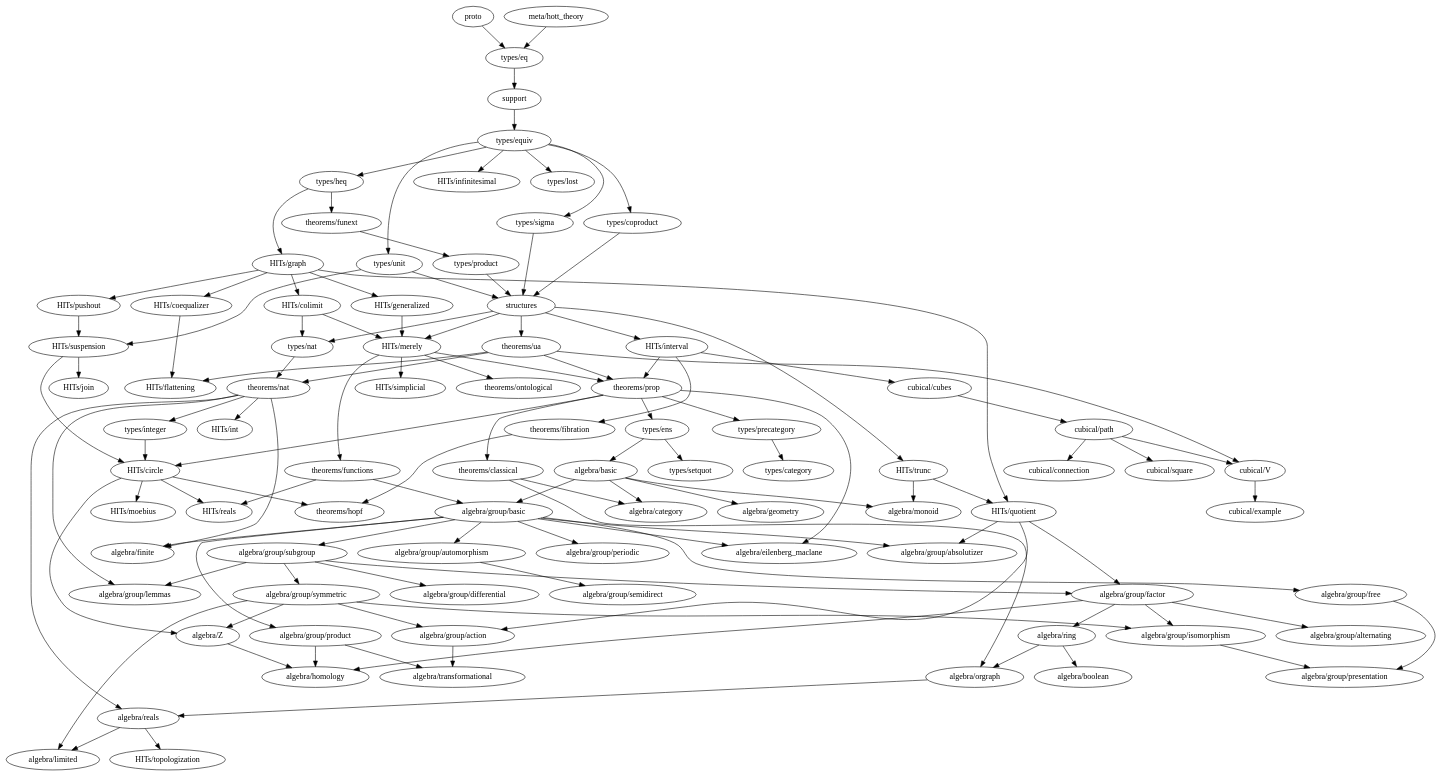
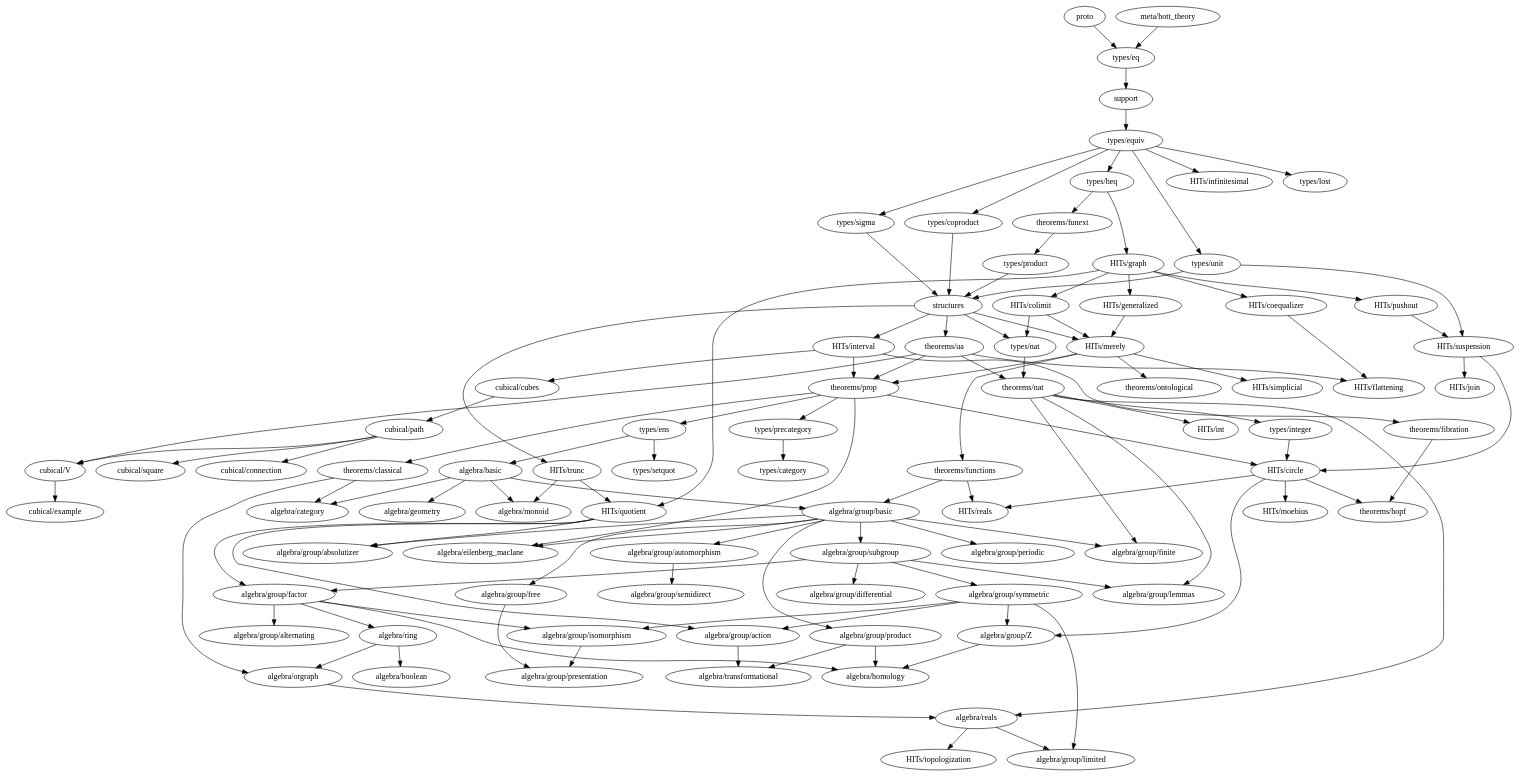
Before and after one commit to forked-from-1kasper/ground_zero: the diagram in dependency-map.gv, drawn with Graphviz. The commit also changed 6 other files, not shown here.

```diff
--- a/dependency-map.gv
+++ b/dependency-map.gv
@@ -1,192 +1,193 @@
 digraph dependency_map {
   proto -> "types/eq"
   "meta/hott_theory" -> "types/eq"
   support -> "types/equiv"
   structures -> {
     "HITs/interval",
     "HITs/merely",
     "HITs/trunc",
     "types/nat",
     "theorems/ua"
   }
 
   subgraph algebra {
     "algebra/basic" -> {
       "algebra/category",
       "algebra/monoid",
       "algebra/geometry",
       "algebra/group/basic"
     }
     "algebra/boolean"
     "algebra/category"
     "algebra/eilenberg_maclane"
-    "algebra/finite"
     "algebra/geometry"
     "algebra/homology"
-    "algebra/limited"
     "algebra/monoid"
     "algebra/orgraph" -> { "algebra/reals" }
-    "algebra/reals" -> { "algebra/limited", "HITs/topologization" }
+    "algebra/reals" -> { "algebra/group/limited", "HITs/topologization" }
     "algebra/ring" -> { "algebra/boolean", "algebra/orgraph" }
     "algebra/transformational"
-    "algebra/Z" -> { "algebra/homology" }
+
   }
 
   subgraph "algebra/group" {
     "algebra/group/absolutizer"
     "algebra/group/action" -> "algebra/transformational"
     "algebra/group/alternating"
     "algebra/group/automorphism" -> "algebra/group/semidirect"
     "algebra/group/basic" -> {
       "algebra/eilenberg_maclane",
-      "algebra/finite",
+      "algebra/group/finite",
       "algebra/group/absolutizer",
       "algebra/group/automorphism",
       "algebra/group/free",
       "algebra/group/periodic",
       "algebra/group/product",
       "algebra/group/subgroup"
     }
     "algebra/group/differential"
     "algebra/group/factor" -> {
       "algebra/homology",
       "algebra/ring",
       "algebra/group/alternating",
       "algebra/group/isomorphism"
     }
+    "algebra/group/finite"
     "algebra/group/free" -> "algebra/group/presentation"
     "algebra/group/isomorphism" -> "algebra/group/presentation"
     "algebra/group/lemmas"
+    "algebra/group/limited"
     "algebra/group/periodic"
     "algebra/group/presentation"
     "algebra/group/product" -> { "algebra/homology", "algebra/transformational" }
     "algebra/group/semidirect"
     "algebra/group/subgroup" -> {
       "algebra/group/differential",
       "algebra/group/factor",
       "algebra/group/lemmas",
       "algebra/group/symmetric"
     }
     "algebra/group/symmetric" -> {
-      "algebra/limited",
-      "algebra/Z",
+      "algebra/group/limited",
+      "algebra/group/Z",
       "algebra/group/action",
       "algebra/group/isomorphism"
     }
+    "algebra/group/Z" -> { "algebra/homology" }
   }
 
   subgraph types {
     "types/category"
     "types/coproduct" -> { structures }
     "types/eq" -> { support }
     "types/ens" -> { "algebra/basic", "types/setquot" }
     "types/equiv" -> {
       "types/heq",
       "HITs/infinitesimal",
       "types/coproduct",
       "types/lost",
       "types/unit",
       "types/sigma"
     }
     "types/heq" -> {
       "HITs/graph", "theorems/funext"
     }
     "types/integer" -> "HITs/circle"
     "types/lost"
     "types/nat" -> { "theorems/nat" }
     "types/precategory" -> { "types/category" }
     "types/product" -> { structures }
     "types/setquot"
     "types/sigma" -> { structures }
     "types/unit" -> { structures, "HITs/suspension" }
   }
 
   subgraph HITs {
     "HITs/circle" -> {
-      "algebra/Z",
+      "algebra/group/Z",
       "theorems/hopf",
       "HITs/moebius",
       "HITs/reals"
     }
     "HITs/coequalizer" -> { "HITs/flattening" }
     "HITs/colimit" -> { "HITs/merely", "types/nat" }
     "HITs/flattening"
     "HITs/generalized" -> "HITs/merely"
     "HITs/graph" -> {
       "HITs/coequalizer",
       "HITs/colimit",
       "HITs/generalized",
       "HITs/pushout",
       "HITs/quotient"
     }
     "HITs/infinitesimal"
     "HITs/interval" -> {
       "cubical/cubes",
       "theorems/prop",
       "theorems/fibration"
     }
     "HITs/join"
     "HITs/merely" -> {
       "theorems/ontological",
       "theorems/prop",
       "HITs/simplicial",
       "theorems/functions"
     }
     "HITs/moebius"
     "HITs/pushout" -> {
       "HITs/suspension"
     }
     "HITs/quotient" -> {
       "algebra/group/absolutizer",
       "algebra/group/action",
       "algebra/group/factor"
     }
     "HITs/reals"
     "HITs/simplicial"
     "HITs/suspension" -> { "HITs/circle", "HITs/join" }
     "HITs/topologization"
     "HITs/trunc" -> { "algebra/monoid", "HITs/quotient" }
   }
 
   subgraph cubical {
     "cubical/connection"
     "cubical/cubes" -> "cubical/path"
     "cubical/example"
     "cubical/path" -> {
       "cubical/square",
       "cubical/V",
       "cubical/connection"
     }
     "cubical/square"
     "cubical/V" -> { "cubical/example" }
   }
 
   subgraph theorems {
     "theorems/classical" -> { "algebra/category", "algebra/orgraph" }
     "theorems/fibration" -> { "theorems/hopf" }
     "theorems/functions" -> { "HITs/reals", "algebra/group/basic" }
     "theorems/funext" -> { "types/product" }
     "theorems/hopf"
     "theorems/ontological"
     "theorems/nat" -> {
-      "algebra/finite",
+      "algebra/group/finite",
       "algebra/reals",
       "HITs/int",
       "types/integer",
       "algebra/group/lemmas"
     }
     "theorems/prop" -> {
       "algebra/eilenberg_maclane",
       "HITs/circle",
       "types/ens",
       "types/precategory",
       "theorems/classical"
     }
     "theorems/ua" -> {
       "HITs/flattening",
       "theorems/nat",
       "theorems/prop",
       "cubical/V"
     }
   }
 }
```
